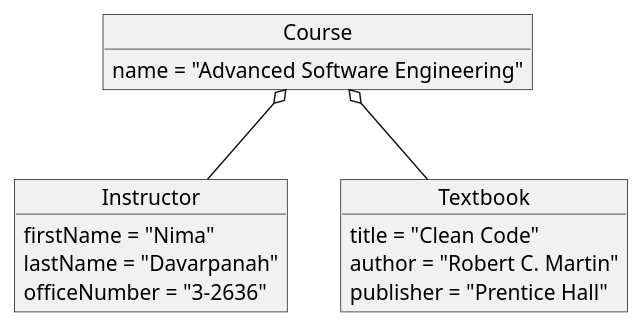
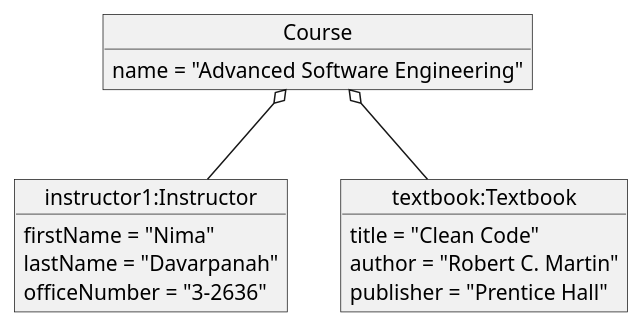
One commit to lahari17/SEcodes changed the diagram in odAggregation.puml. Above: the diagram before and after it, drawn with PlantUML. The commit also changed other lines of this file and 7 other files, not shown here.

```diff
--- a/odAggregation.puml
+++ b/odAggregation.puml
@@ -1,20 +1,20 @@
 @startuml
-object Instructor {
+object "instructor1:Instructor" as i1 {
     firstName = "Nima"
     lastName = "Davarpanah"
     officeNumber = "3-2636"
 }
 
-object Textbook {
+object "textbook:Textbook" as tb1 {
     title = "Clean Code"
     author = "Robert C. Martin"
     publisher = "Prentice Hall"
 }
 
 object Course {
     name = "Advanced Software Engineering"
 }
 
-Course o-- Instructor
-Course o-- Textbook
+Course o-- i1
+Course o-- tb1
 @enduml
```
